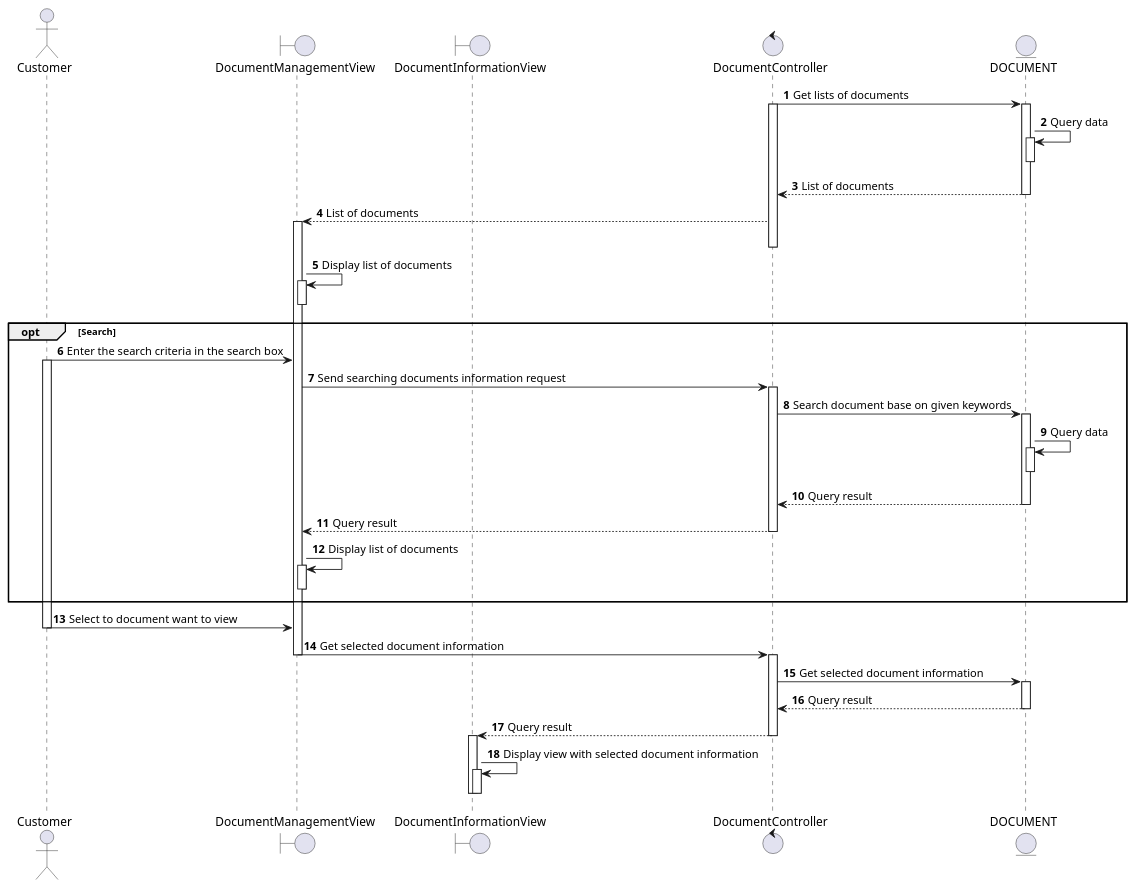
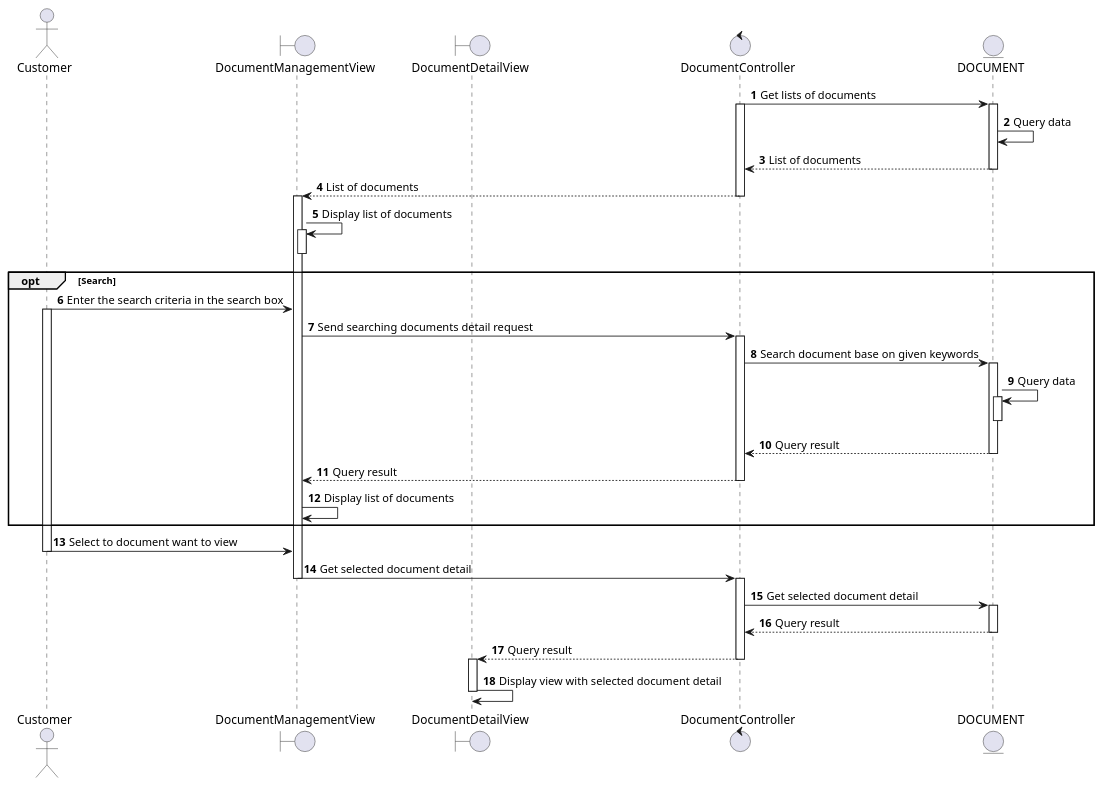
Before and after one commit to electricilies/electricilies.github.io: the diagram in docs/docs/sequence/view-document/view-document.md, drawn with PlantUML. The commit also changed 4 other files, not shown here.

````diff
--- a/docs/docs/sequence/view-document/view-document.md
+++ b/docs/docs/sequence/view-document/view-document.md
@@ -3,62 +3,55 @@
 ```plantuml
 @startuml
 autonumber
 
 actor Customer as C
 boundary DocumentManagementView as DMV
-boundary DocumentInformationView as DIV
+boundary DocumentDetailView as DDV
 control DocumentController as DC
 entity DOCUMENT as D
 
 DC -> D: Get lists of documents
 activate DC
 activate D
 D -> D: Query data
-activate D
-deactivate D
 DC <-- D: List of documents
 deactivate D
 DMV <-- DC: List of documents
+deactivate DC
 activate DMV
-deactivate DC
 DMV -> DMV: Display list of documents
 activate DMV
 deactivate DMV
 opt Search
   C -> DMV: Enter the search criteria in the search box
   activate C
-  DMV -> DC: Send searching documents information request
+  DMV -> DC: Send searching documents detail request
   activate DC
   DC -> D: Search document base on given keywords
   activate D
   D -> D: Query data
   activate D
   deactivate D
   DC <-- D: Query result
   deactivate D
   DMV <-- DC: Query result
   deactivate DC
   DMV -> DMV: Display list of documents
-  activate DMV
-  deactivate DMV
 end
 C -> DMV: Select to document want to view
 deactivate C
-DMV -> DC: Get selected document information
+DMV -> DC: Get selected document detail
 deactivate DMV
 activate DC
-DC -> D: Get selected document information
+DC -> D: Get selected document detail
 activate D
 DC <-- D: Query result
 deactivate D
-DIV <-- DC: Query result
+DDV <-- DC: Query result
 deactivate DC
-activate DIV
-deactivate DC
-DIV -> DIV: Display view with selected document information
-activate DIV
-deactivate DIV
-deactivate DIV
+activate DDV
+DDV -> DDV: Display view with selected document detail
+deactivate DDV
 
 @enduml
 ```
````
